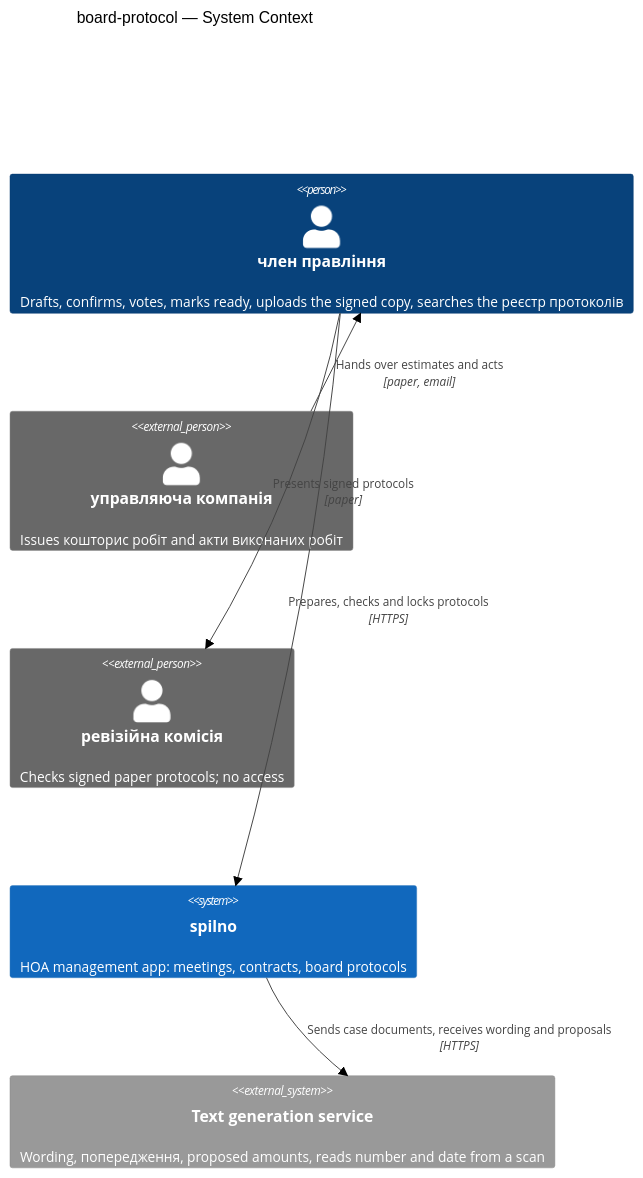
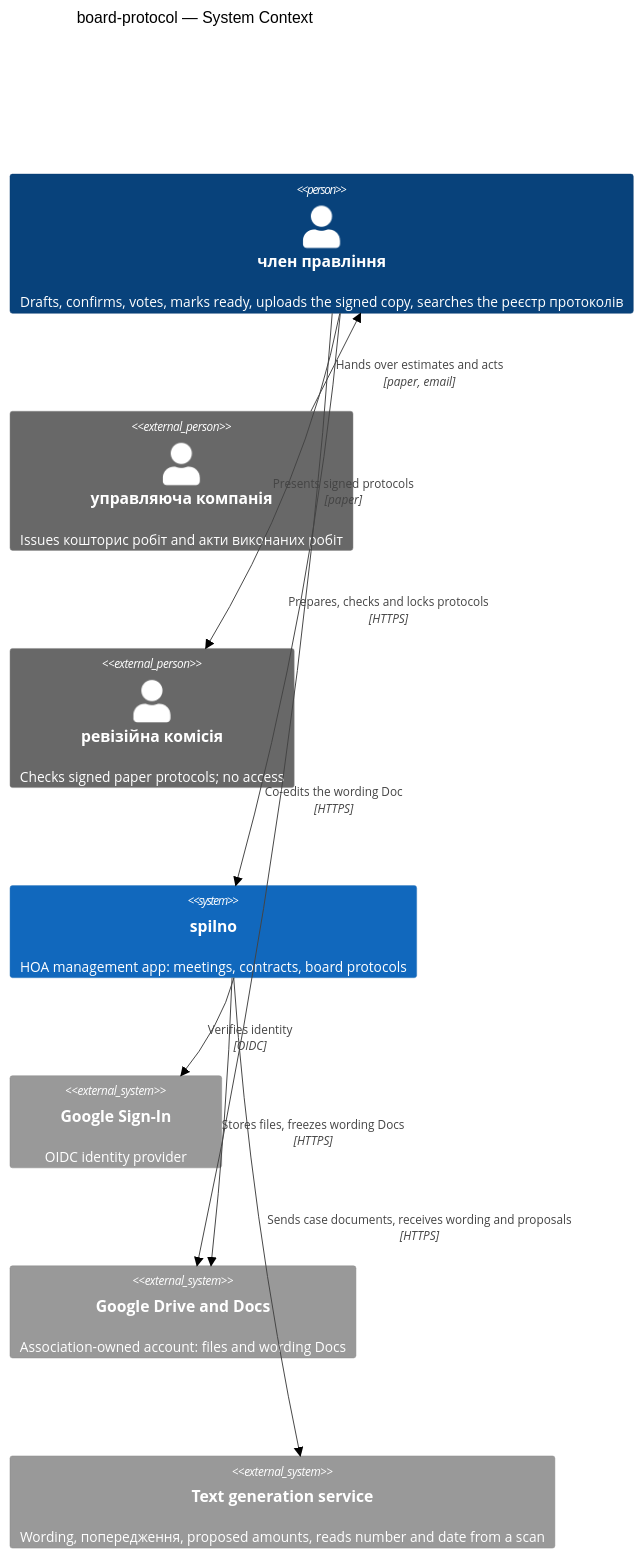
One commit to AndriiOpryshko/spilno changed the first of 11 diagrams in docs/features/board-protocol/sad.ao-architecture.md. Above: the diagram before and after it, drawn with Mermaid (forest theme). The commit also changed other lines of this file and 4 other files, not shown here.

First line of the commit message:
03: SAD + ADR for board-protocol via ao-architecture

````diff
--- a/docs/features/board-protocol/sad.ao-architecture.md
+++ b/docs/features/board-protocol/sad.ao-architecture.md
@@ -84,15 +92,20 @@
 ```mermaid
 C4Context
     title board-protocol — System Context
 
     Person(member, "член правління", "Drafts, confirms, votes, marks ready, uploads the signed copy, searches the реєстр протоколів")
     Person_Ext(uk, "управляюча компанія", "Issues кошторис робіт and акти виконаних робіт")
     Person_Ext(audit, "ревізійна комісія", "Checks signed paper protocols; no access")
     System(spilno, "spilno", "HOA management app: meetings, contracts, board protocols")
+    System_Ext(gsi, "Google Sign-In", "OIDC identity provider")
+    System_Ext(drive, "Google Drive and Docs", "Association-owned account: files and wording Docs")
     System_Ext(ai, "Text generation service", "Wording, попередження, proposed amounts, reads number and date from a scan")
 
     Rel(uk, member, "Hands over estimates and acts", "paper, email")
     Rel(member, spilno, "Prepares, checks and locks protocols", "HTTPS")
     Rel(spilno, ai, "Sends case documents, receives wording and proposals", "HTTPS")
+    Rel(spilno, gsi, "Verifies identity", "OIDC")
+    Rel(spilno, drive, "Stores files, freezes wording Docs", "HTTPS")
+    Rel(member, drive, "Co-edits the wording Doc", "HTTPS")
     Rel(member, audit, "Presents signed protocols", "paper")
 ```
````
